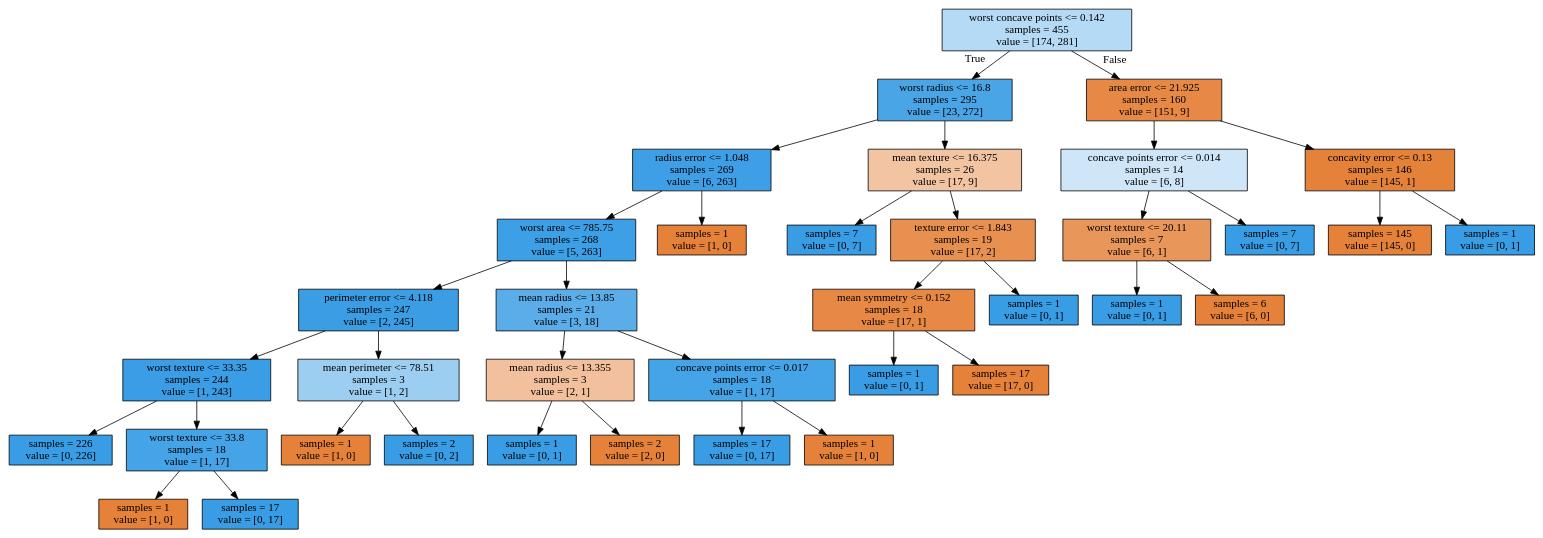
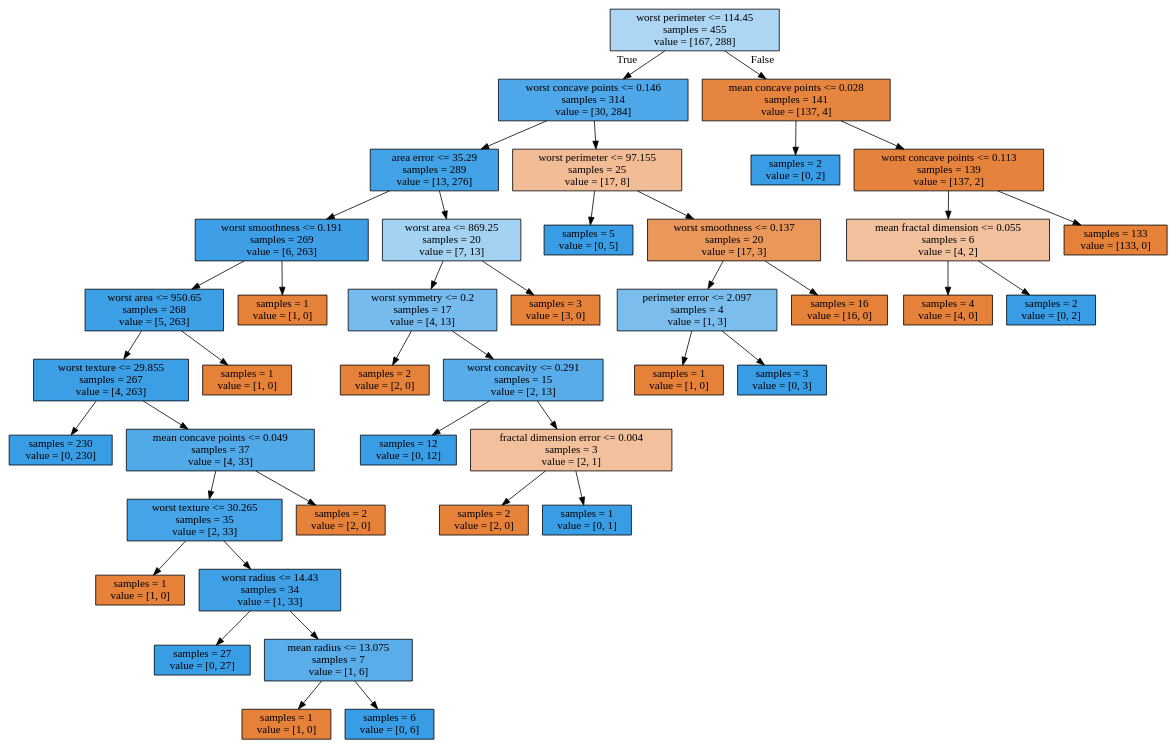
One commit to ferdyirawanf/Tugas-Kecil-1-IF3270 changed the diagram in dtl_tree_breast_cancer.dot. Above: the diagram before and after it, drawn with Graphviz. The commit also changed 5 other files, not shown here.

```diff
--- a/dtl_tree_breast_cancer.dot
+++ b/dtl_tree_breast_cancer.dot
@@ -1,76 +1,84 @@
 digraph Tree {
 node [shape=box, style="filled", color="black"] ;
-0 [label="worst concave points <= 0.142\nsamples = 455\nvalue = [174, 281]", fillcolor="#b4daf5"] ;
-1 [label="worst radius <= 16.8\nsamples = 295\nvalue = [23, 272]", fillcolor="#4aa5e7"] ;
+0 [label="worst perimeter <= 114.45\nsamples = 455\nvalue = [167, 288]", fillcolor="#acd6f4"] ;
+1 [label="worst concave points <= 0.146\nsamples = 314\nvalue = [30, 284]", fillcolor="#4ea7e8"] ;
 0 -> 1 [labeldistance=2.5, labelangle=45, headlabel="True"] ;
-2 [label="radius error <= 1.048\nsamples = 269\nvalue = [6, 263]", fillcolor="#3e9fe6"] ;
+2 [label="area error <= 35.29\nsamples = 289\nvalue = [13, 276]", fillcolor="#42a2e6"] ;
 1 -> 2 ;
-3 [label="worst area <= 785.75\nsamples = 268\nvalue = [5, 263]", fillcolor="#3d9fe5"] ;
+3 [label="worst smoothness <= 0.191\nsamples = 269\nvalue = [6, 263]", fillcolor="#3e9fe6"] ;
 2 -> 3 ;
-4 [label="perimeter error <= 4.118\nsamples = 247\nvalue = [2, 245]", fillcolor="#3b9ee5"] ;
+4 [label="worst area <= 950.65\nsamples = 268\nvalue = [5, 263]", fillcolor="#3d9fe5"] ;
 3 -> 4 ;
-5 [label="worst texture <= 33.35\nsamples = 244\nvalue = [1, 243]", fillcolor="#3a9de5"] ;
+5 [label="worst texture <= 29.855\nsamples = 267\nvalue = [4, 263]", fillcolor="#3c9ee5"] ;
 4 -> 5 ;
-6 [label="samples = 226\nvalue = [0, 226]", fillcolor="#399de5"] ;
+6 [label="samples = 230\nvalue = [0, 230]", fillcolor="#399de5"] ;
 5 -> 6 ;
-7 [label="worst texture <= 33.8\nsamples = 18\nvalue = [1, 17]", fillcolor="#45a3e7"] ;
+7 [label="mean concave points <= 0.049\nsamples = 37\nvalue = [4, 33]", fillcolor="#51a9e8"] ;
 5 -> 7 ;
-8 [label="samples = 1\nvalue = [1, 0]", fillcolor="#e58139"] ;
+8 [label="worst texture <= 30.265\nsamples = 35\nvalue = [2, 33]", fillcolor="#45a3e7"] ;
 7 -> 8 ;
-9 [label="samples = 17\nvalue = [0, 17]", fillcolor="#399de5"] ;
-7 -> 9 ;
-10 [label="mean perimeter <= 78.51\nsamples = 3\nvalue = [1, 2]", fillcolor="#9ccef2"] ;
-4 -> 10 ;
-11 [label="samples = 1\nvalue = [1, 0]", fillcolor="#e58139"] ;
+9 [label="samples = 1\nvalue = [1, 0]", fillcolor="#e58139"] ;
+8 -> 9 ;
+10 [label="worst radius <= 14.43\nsamples = 34\nvalue = [1, 33]", fillcolor="#3fa0e6"] ;
+8 -> 10 ;
+11 [label="samples = 27\nvalue = [0, 27]", fillcolor="#399de5"] ;
 10 -> 11 ;
-12 [label="samples = 2\nvalue = [0, 2]", fillcolor="#399de5"] ;
+12 [label="mean radius <= 13.075\nsamples = 7\nvalue = [1, 6]", fillcolor="#5aade9"] ;
 10 -> 12 ;
-13 [label="mean radius <= 13.85\nsamples = 21\nvalue = [3, 18]", fillcolor="#5aade9"] ;
-3 -> 13 ;
-14 [label="mean radius <= 13.355\nsamples = 3\nvalue = [2, 1]", fillcolor="#f2c09c"] ;
-13 -> 14 ;
-15 [label="samples = 1\nvalue = [0, 1]", fillcolor="#399de5"] ;
-14 -> 15 ;
-16 [label="samples = 2\nvalue = [2, 0]", fillcolor="#e58139"] ;
-14 -> 16 ;
-17 [label="concave points error <= 0.017\nsamples = 18\nvalue = [1, 17]", fillcolor="#45a3e7"] ;
-13 -> 17 ;
-18 [label="samples = 17\nvalue = [0, 17]", fillcolor="#399de5"] ;
-17 -> 18 ;
-19 [label="samples = 1\nvalue = [1, 0]", fillcolor="#e58139"] ;
-17 -> 19 ;
-20 [label="samples = 1\nvalue = [1, 0]", fillcolor="#e58139"] ;
-2 -> 20 ;
-21 [label="mean texture <= 16.375\nsamples = 26\nvalue = [17, 9]", fillcolor="#f3c4a2"] ;
-1 -> 21 ;
-22 [label="samples = 7\nvalue = [0, 7]", fillcolor="#399de5"] ;
+13 [label="samples = 1\nvalue = [1, 0]", fillcolor="#e58139"] ;
+12 -> 13 ;
+14 [label="samples = 6\nvalue = [0, 6]", fillcolor="#399de5"] ;
+12 -> 14 ;
+15 [label="samples = 2\nvalue = [2, 0]", fillcolor="#e58139"] ;
+7 -> 15 ;
+16 [label="samples = 1\nvalue = [1, 0]", fillcolor="#e58139"] ;
+4 -> 16 ;
+17 [label="samples = 1\nvalue = [1, 0]", fillcolor="#e58139"] ;
+3 -> 17 ;
+18 [label="worst area <= 869.25\nsamples = 20\nvalue = [7, 13]", fillcolor="#a4d2f3"] ;
+2 -> 18 ;
+19 [label="worst symmetry <= 0.2\nsamples = 17\nvalue = [4, 13]", fillcolor="#76bbed"] ;
+18 -> 19 ;
+20 [label="samples = 2\nvalue = [2, 0]", fillcolor="#e58139"] ;
+19 -> 20 ;
+21 [label="worst concavity <= 0.291\nsamples = 15\nvalue = [2, 13]", fillcolor="#57ace9"] ;
+19 -> 21 ;
+22 [label="samples = 12\nvalue = [0, 12]", fillcolor="#399de5"] ;
 21 -> 22 ;
-23 [label="texture error <= 1.843\nsamples = 19\nvalue = [17, 2]", fillcolor="#e89050"] ;
+23 [label="fractal dimension error <= 0.004\nsamples = 3\nvalue = [2, 1]", fillcolor="#f2c09c"] ;
 21 -> 23 ;
-24 [label="mean symmetry <= 0.152\nsamples = 18\nvalue = [17, 1]", fillcolor="#e78845"] ;
+24 [label="samples = 2\nvalue = [2, 0]", fillcolor="#e58139"] ;
 23 -> 24 ;
 25 [label="samples = 1\nvalue = [0, 1]", fillcolor="#399de5"] ;
-24 -> 25 ;
-26 [label="samples = 17\nvalue = [17, 0]", fillcolor="#e58139"] ;
-24 -> 26 ;
-27 [label="samples = 1\nvalue = [0, 1]", fillcolor="#399de5"] ;
-23 -> 27 ;
-28 [label="area error <= 21.925\nsamples = 160\nvalue = [151, 9]", fillcolor="#e78945"] ;
-0 -> 28 [labeldistance=2.5, labelangle=-45, headlabel="False"] ;
-29 [label="concave points error <= 0.014\nsamples = 14\nvalue = [6, 8]", fillcolor="#cee6f8"] ;
-28 -> 29 ;
-30 [label="worst texture <= 20.11\nsamples = 7\nvalue = [6, 1]", fillcolor="#e9965a"] ;
+23 -> 25 ;
+26 [label="samples = 3\nvalue = [3, 0]", fillcolor="#e58139"] ;
+18 -> 26 ;
+27 [label="worst perimeter <= 97.155\nsamples = 25\nvalue = [17, 8]", fillcolor="#f1bc96"] ;
+1 -> 27 ;
+28 [label="samples = 5\nvalue = [0, 5]", fillcolor="#399de5"] ;
+27 -> 28 ;
+29 [label="worst smoothness <= 0.137\nsamples = 20\nvalue = [17, 3]", fillcolor="#ea975c"] ;
+27 -> 29 ;
+30 [label="perimeter error <= 2.097\nsamples = 4\nvalue = [1, 3]", fillcolor="#7bbeee"] ;
 29 -> 30 ;
-31 [label="samples = 1\nvalue = [0, 1]", fillcolor="#399de5"] ;
+31 [label="samples = 1\nvalue = [1, 0]", fillcolor="#e58139"] ;
 30 -> 31 ;
-32 [label="samples = 6\nvalue = [6, 0]", fillcolor="#e58139"] ;
+32 [label="samples = 3\nvalue = [0, 3]", fillcolor="#399de5"] ;
 30 -> 32 ;
-33 [label="samples = 7\nvalue = [0, 7]", fillcolor="#399de5"] ;
+33 [label="samples = 16\nvalue = [16, 0]", fillcolor="#e58139"] ;
 29 -> 33 ;
-34 [label="concavity error <= 0.13\nsamples = 146\nvalue = [145, 1]", fillcolor="#e5823a"] ;
-28 -> 34 ;
-35 [label="samples = 145\nvalue = [145, 0]", fillcolor="#e58139"] ;
+34 [label="mean concave points <= 0.028\nsamples = 141\nvalue = [137, 4]", fillcolor="#e6853f"] ;
+0 -> 34 [labeldistance=2.5, labelangle=-45, headlabel="False"] ;
+35 [label="samples = 2\nvalue = [0, 2]", fillcolor="#399de5"] ;
 34 -> 35 ;
-36 [label="samples = 1\nvalue = [0, 1]", fillcolor="#399de5"] ;
+36 [label="worst concave points <= 0.113\nsamples = 139\nvalue = [137, 2]", fillcolor="#e5833c"] ;
 34 -> 36 ;
+37 [label="mean fractal dimension <= 0.055\nsamples = 6\nvalue = [4, 2]", fillcolor="#f2c09c"] ;
+36 -> 37 ;
+38 [label="samples = 4\nvalue = [4, 0]", fillcolor="#e58139"] ;
+37 -> 38 ;
+39 [label="samples = 2\nvalue = [0, 2]", fillcolor="#399de5"] ;
+37 -> 39 ;
+40 [label="samples = 133\nvalue = [133, 0]", fillcolor="#e58139"] ;
+36 -> 40 ;
 }
```
